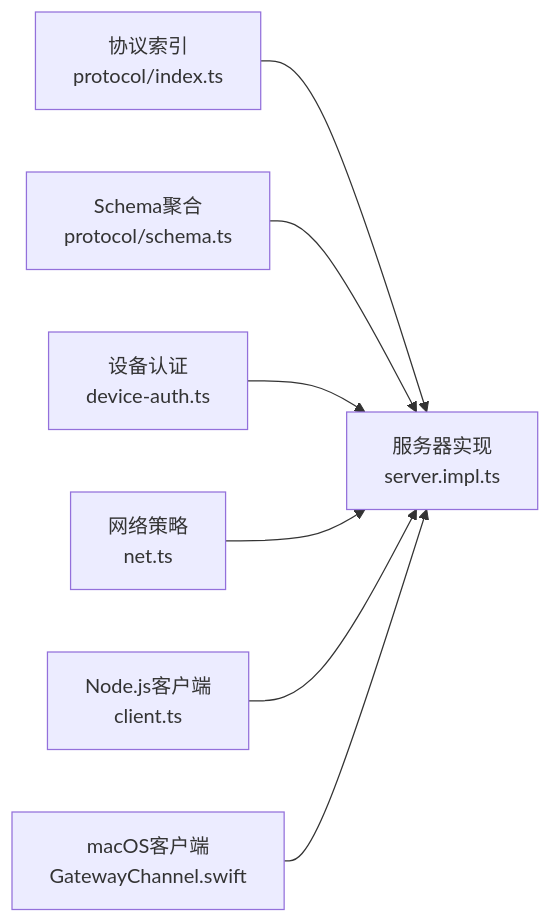
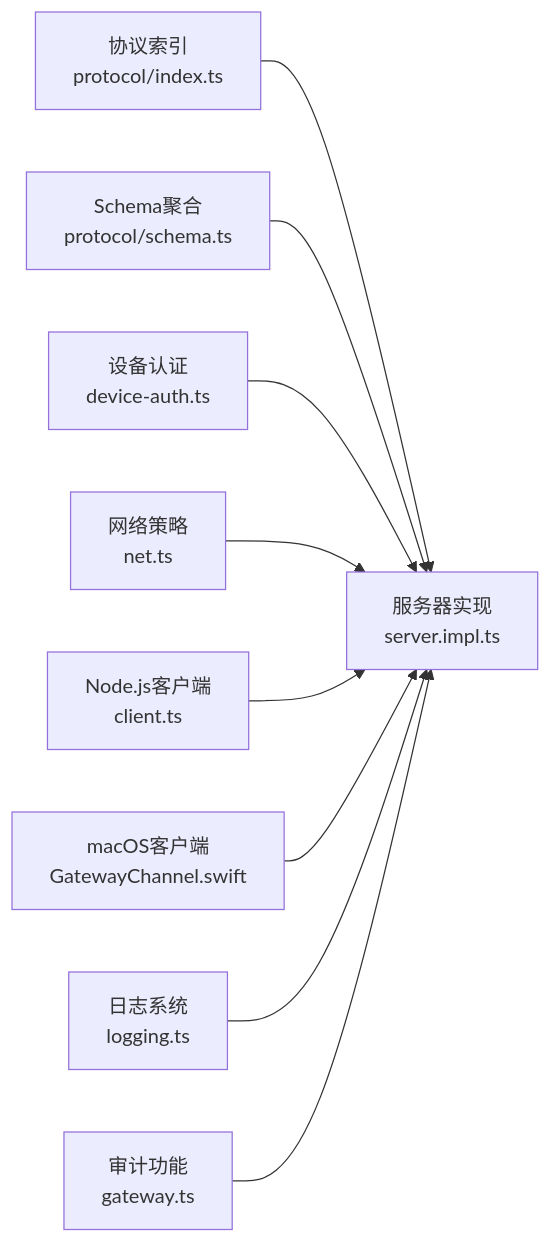
One commit to verse-ai-org/openclaw changed the tenth of 10 diagrams in .qoder/repowiki/zh/content/核心概念/网关架构.md. Above: the diagram before and after it, drawn with Mermaid. The commit also changed other lines of this file and 7 other files, not shown here.

````diff
--- a/.qoder/repowiki/zh/content/核心概念/网关架构.md
+++ b/.qoder/repowiki/zh/content/核心概念/网关架构.md
@@ -317,9 +521,11 @@
 ```mermaid
 graph LR
 PI["协议索引<br/>protocol/index.ts"] --> SI["服务器实现<br/>server.impl.ts"]
 PS["Schema聚合<br/>protocol/schema.ts"] --> SI
 DA["设备认证<br/>device-auth.ts"] --> SI
 NW["网络策略<br/>net.ts"] --> SI
 CL["Node.js客户端<br/>client.ts"] --> SI
 CS["macOS客户端<br/>GatewayChannel.swift"] --> SI
+LOG["日志系统<br/>logging.ts"] --> SI
+AUD["审计功能<br/>gateway.ts"] --> SI
 ```
````
